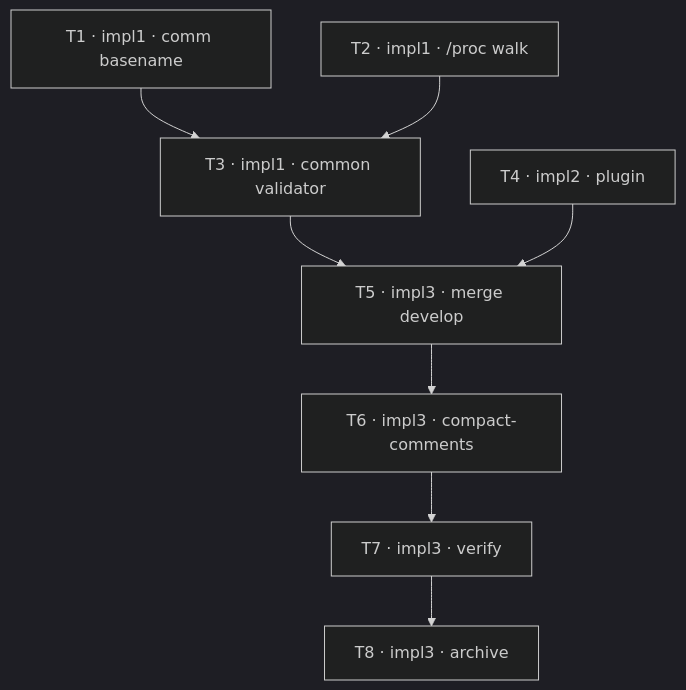
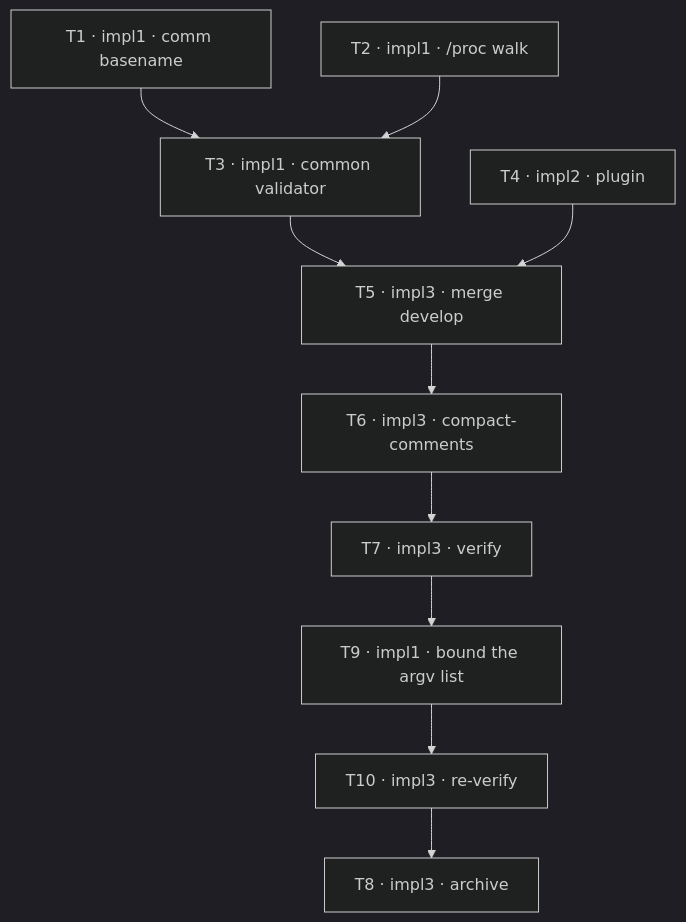
The diagram in CLAUDE_TODO-nonblocking-attach-scan.md (treekmk/zellaude), drawn with Mermaid (dark theme) before and after one commit. The commit also changed other lines of this file and 1 other file, not shown here.

First line of the commit message:
[revise] Add T9/T10 to bound the walk's argv list before archival

````diff
--- a/CLAUDE_TODO-nonblocking-attach-scan.md
+++ b/CLAUDE_TODO-nonblocking-attach-scan.md
@@ -33,10 +35,12 @@
 ```mermaid
 graph TD
   T1[T1 · impl1 · comm basename] --> T3[T3 · impl1 · common validator]
   T2[T2 · impl1 · /proc walk] --> T3
   T3 --> T5[T5 · impl3 · merge develop]
   T4[T4 · impl2 · plugin] --> T5
   T5 --> T6[T6 · impl3 · compact-comments]
   T6 --> T7[T7 · impl3 · verify]
-  T7 --> T8[T8 · impl3 · archive]
+  T7 --> T9[T9 · impl1 · bound the argv list]
+  T9 --> T10[T10 · impl3 · re-verify]
+  T10 --> T8[T8 · impl3 · archive]
 ```
````
